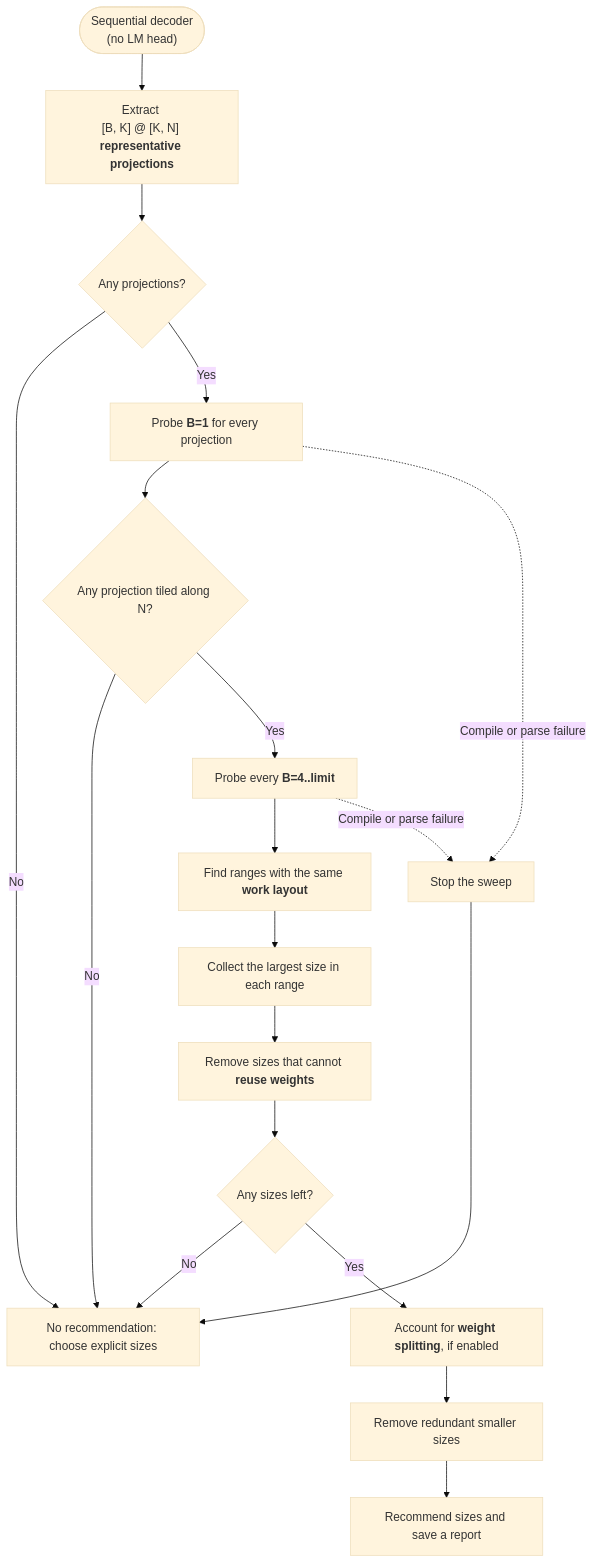
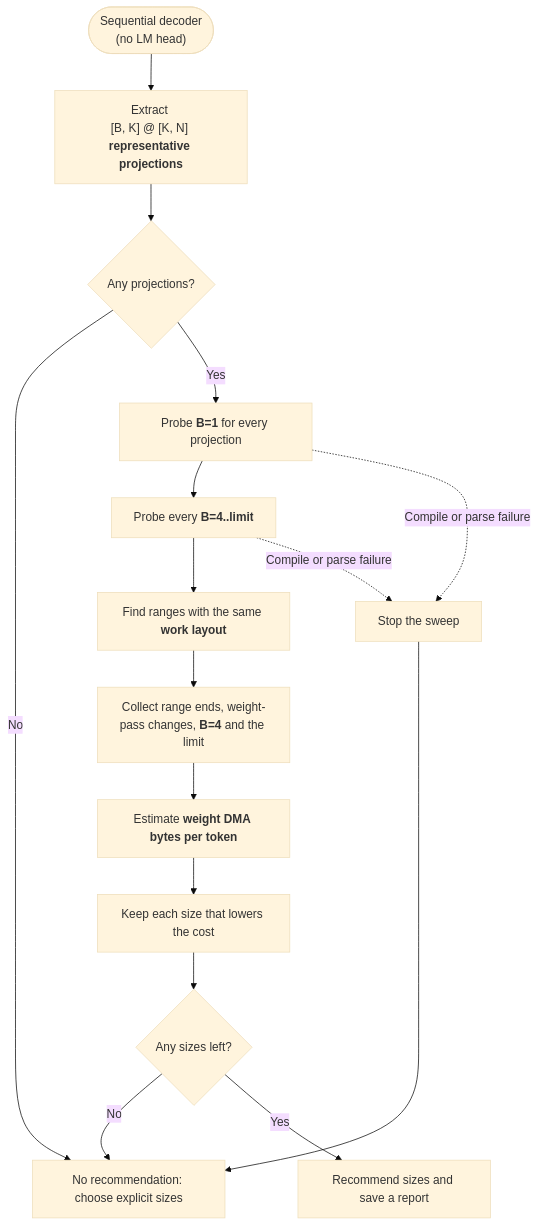
One commit to synaptics-torq/torq-tools changed the first of 4 diagrams in src/torq/model_export/doc/prefill_sizes.md. Above: the diagram before and after it, drawn with Mermaid (base theme). The commit also changed other lines of this file and 5 other files, not shown here.

Commit message:
feat(prefill): make DMA cost the only batch-prefill size selector

````diff
--- a/src/torq/model_export/doc/prefill_sizes.md
+++ b/src/torq/model_export/doc/prefill_sizes.md
@@ -34,21 +31,18 @@
 ```mermaid
 flowchart TD
     Source(["Sequential decoder <br>(no LM head)"]) --> Extract["Extract <br>[B, K] @ [K, N] <b>representative projections</b>"]
     Extract --> Found{"Any projections?"}
     Found -->|No| Explicit["No recommendation: choose explicit sizes"]
     Found -->|Yes| Decode["Probe <b>B=1</b> for every projection"]
-    Decode --> Constrained{"Any projection tiled along N?"}
-    Constrained -->|No| Explicit
-    Constrained -->|Yes| Sweep["Probe every <b>B=4..limit</b>"]
+    Decode --> Sweep["Probe every <b>B=4..limit</b>"]
     Sweep --> Plateaus["Find ranges with the same <b>work layout</b>"]
-    Plateaus --> Candidates["Collect the largest size in each range"]
-    Candidates --> Reject["Remove sizes that cannot <b>reuse weights</b>"]
-    Reject --> Survive{"Any sizes left?"}
+    Plateaus --> Candidates["Collect range ends, weight-pass changes, <b>B=4</b> and the limit"]
+    Candidates --> Cost["Estimate <b>weight DMA bytes per token</b>"]
+    Cost --> Keep["Keep each size that lowers the cost"]
+    Keep --> Survive{"Any sizes left?"}
     Survive -->|No| Explicit
-    Survive -->|Yes| Snap["Account for <b>weight splitting</b>, if enabled"]
-    Snap --> Prune["Remove redundant smaller sizes"]
-    Prune --> Recommend["Recommend sizes and save a report"]
+    Survive -->|Yes| Recommend["Recommend sizes and save a report"]
     Stop["Stop the sweep"] --> Explicit
     Decode -.->|Compile or parse failure| Stop
     Sweep -.->|Compile or parse failure| Stop
 ```
````
